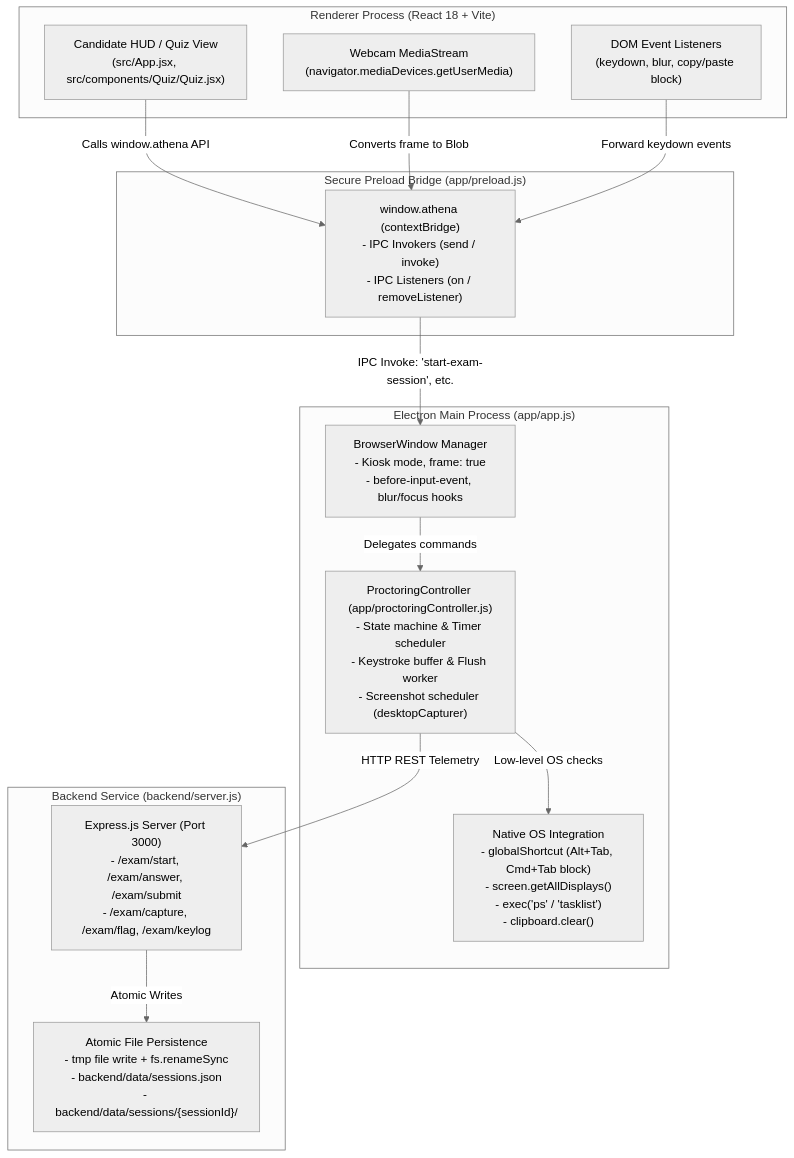
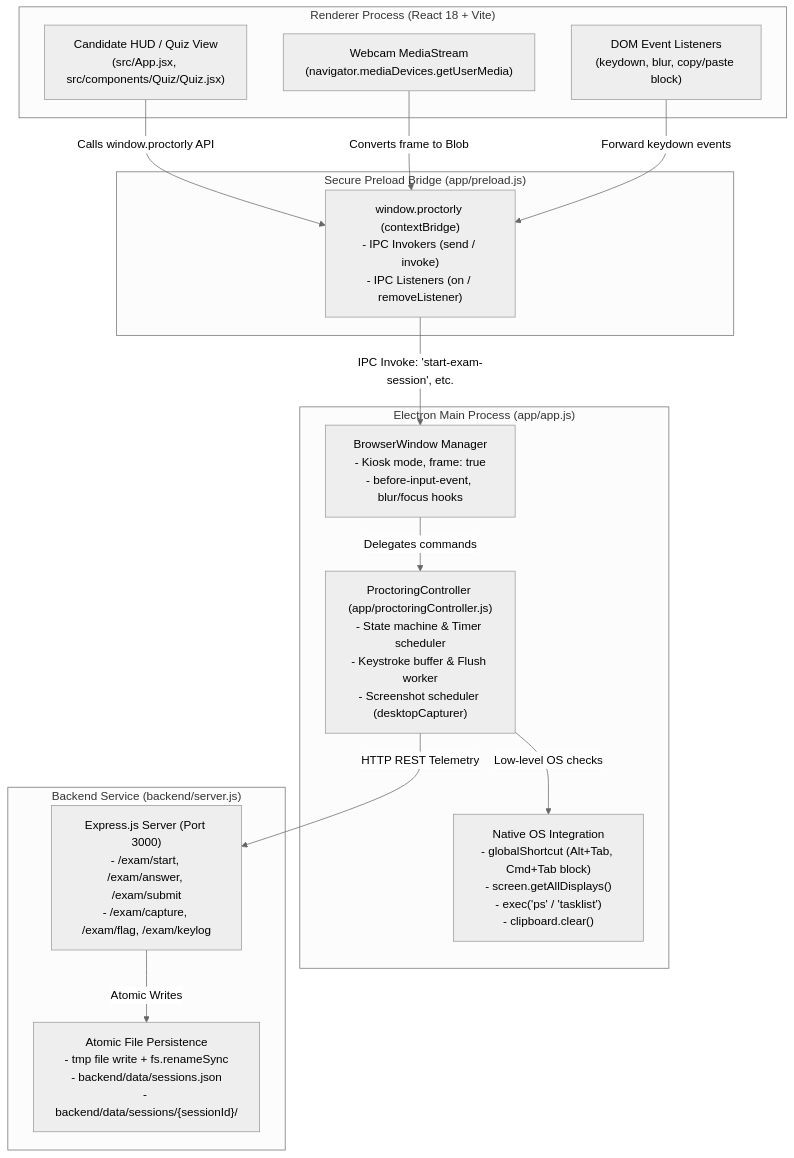
Before and after one commit to nipun1803/Proctorly: the first of 3 diagrams in docs/SYSTEM_DOCUMENTATION.md, drawn with Mermaid (neutral theme). The commit also changed other lines of this file and 15 other files, not shown here.

````diff
--- a/docs/SYSTEM_DOCUMENTATION.md
+++ b/docs/SYSTEM_DOCUMENTATION.md
@@ -39,33 +39,33 @@
 ```mermaid
 graph TB
     subgraph Frontend["Renderer Process (React 18 + Vite)"]
         UI["Candidate HUD / Quiz View<br/>(src/App.jsx, src/components/Quiz/Quiz.jsx)"]
         WebcamStream["Webcam MediaStream<br/>(navigator.mediaDevices.getUserMedia)"]
         DomEvents["DOM Event Listeners<br/>(keydown, blur, copy/paste block)"]
     end
 
     subgraph Sandbox["Secure Preload Bridge (app/preload.js)"]
-        AthenaBridge["window.athena (contextBridge)<br/>- IPC Invokers (send / invoke)<br/>- IPC Listeners (on / removeListener)"]
+        ProctorlyBridge["window.proctorly (contextBridge)<br/>- IPC Invokers (send / invoke)<br/>- IPC Listeners (on / removeListener)"]
     end
 
     subgraph MainProcess["Electron Main Process (app/app.js)"]
         WinManager["BrowserWindow Manager<br/>- Kiosk mode, frame: true<br/>- before-input-event, blur/focus hooks"]
         Controller["ProctoringController (app/proctoringController.js)<br/>- State machine & Timer scheduler<br/>- Keystroke buffer & Flush worker<br/>- Screenshot scheduler (desktopCapturer)"]
         OS_Hooks["Native OS Integration<br/>- globalShortcut (Alt+Tab, Cmd+Tab block)<br/>- screen.getAllDisplays()<br/>- exec('ps' / 'tasklist')<br/>- clipboard.clear()"]
     end
 
     subgraph BackendProcess["Backend Service (backend/server.js)"]
         ExpressApp["Express.js Server (Port 3000)<br/>- /exam/start, /exam/answer, /exam/submit<br/>- /exam/capture, /exam/flag, /exam/keylog"]
         AtomicStorage["Atomic File Persistence<br/>- tmp file write + fs.renameSync<br/>- backend/data/sessions.json<br/>- backend/data/sessions/{sessionId}/"]
     end
 
-    UI -->|"Calls window.athena API"| AthenaBridge
-    WebcamStream -->|"Converts frame to Blob"| AthenaBridge
-    DomEvents -->|"Forward keydown events"| AthenaBridge
+    UI -->|"Calls window.proctorly API"| ProctorlyBridge
+    WebcamStream -->|"Converts frame to Blob"| ProctorlyBridge
+    DomEvents -->|"Forward keydown events"| ProctorlyBridge
 
-    AthenaBridge -->|"IPC Invoke: 'start-exam-session', etc."| WinManager
+    ProctorlyBridge -->|"IPC Invoke: 'start-exam-session', etc."| WinManager
     WinManager -->|"Delegates commands"| Controller
     Controller -->|"Low-level OS checks"| OS_Hooks
     Controller -->|"HTTP REST Telemetry"| ExpressApp
     ExpressApp -->|"Atomic Writes"| AtomicStorage
 ```
````
